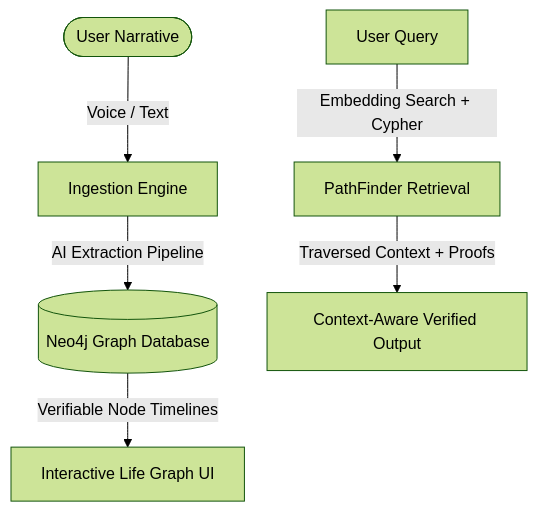
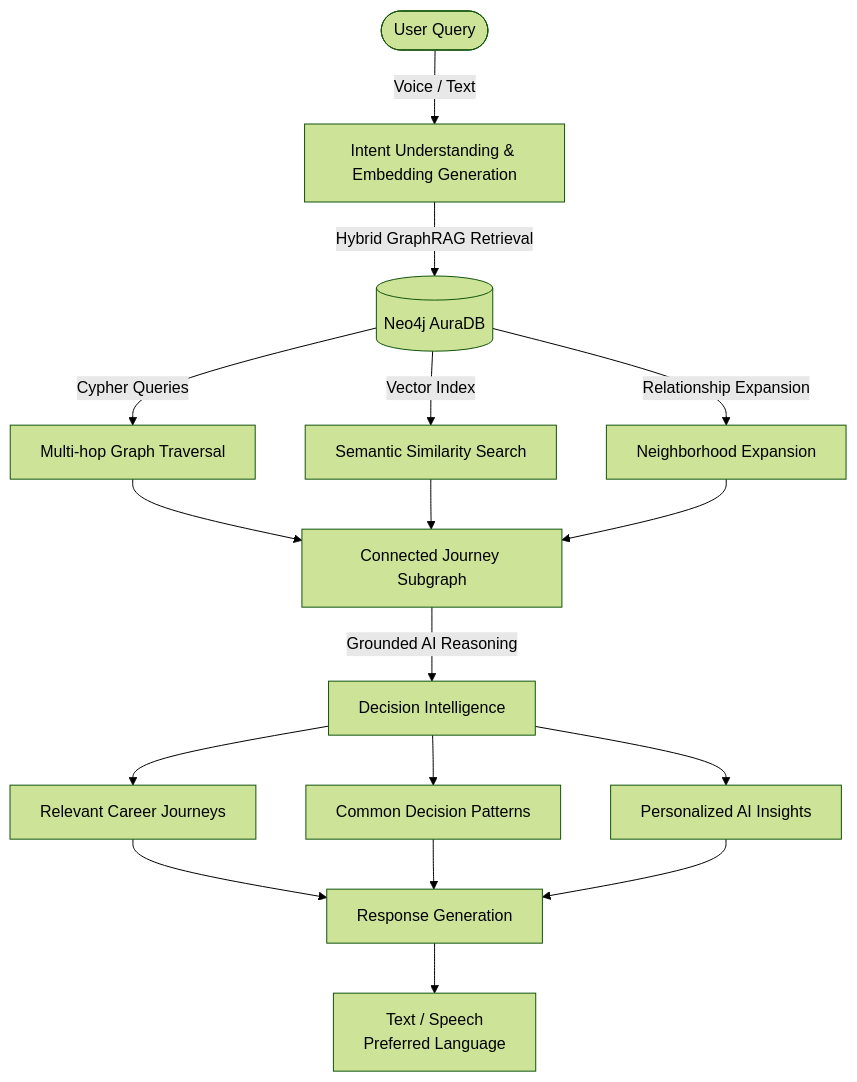
Before and after one commit to Rohinth-S/PathFinder: the first of 2 diagrams in README.md, drawn with Mermaid (forest theme). The commit also changed other lines of this file and 5 other files, not shown here.

````diff
--- a/README.md
+++ b/README.md
@@ -38,9 +40,40 @@
 ```mermaid
 graph TD
-    User([User Narrative]) -->|Voice / Text| InputLayer[Ingestion Engine]
-    InputLayer -->|AI Extraction Pipeline| Neo4j[(Neo4j Graph Database)]
-    Neo4j -->|Verifiable Node Timelines| GraphViewer[Interactive Life Graph UI]
-    
-    Query[User Query] -->|Embedding Search + Cypher| GraphEngine[PathFinder Retrieval]
-    GraphEngine -->|Traversed Context + Proofs| Verdict[Context-Aware Verified Output]
+    User([User Query])
+    -->|Voice / Text| QueryParser[Intent Understanding & Embedding Generation]
+
+QueryParser
+    -->|Hybrid GraphRAG Retrieval| Neo4j[(Neo4j AuraDB)]
+
+Neo4j
+    -->|Cypher Queries| Traversal[Multi-hop Graph Traversal]
+
+Neo4j
+    -->|Vector Index| Semantic[Semantic Similarity Search]
+
+Neo4j
+    -->|Relationship Expansion| Neighborhood[Neighborhood Expansion]
+
+Traversal --> Context[Connected Journey Subgraph]
+Semantic --> Context
+Neighborhood --> Context
+
+Context
+    -->|Grounded AI Reasoning| Intelligence[Decision Intelligence]
+
+Intelligence
+    --> Journeys[Relevant Career Journeys]
+
+Intelligence
+    --> Patterns[Common Decision Patterns]
+
+Intelligence
+    --> Insights[Personalized AI Insights]
+
+Journeys --> Response[Response Generation]
+Patterns --> Response
+Insights --> Response
+
+Response
+    --> Output[Text / Speech<br/>Preferred Language]
 ```
````
